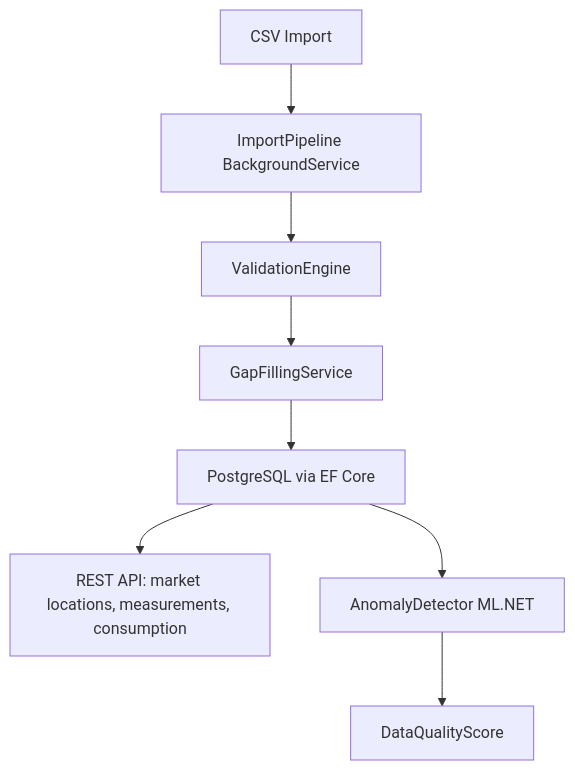
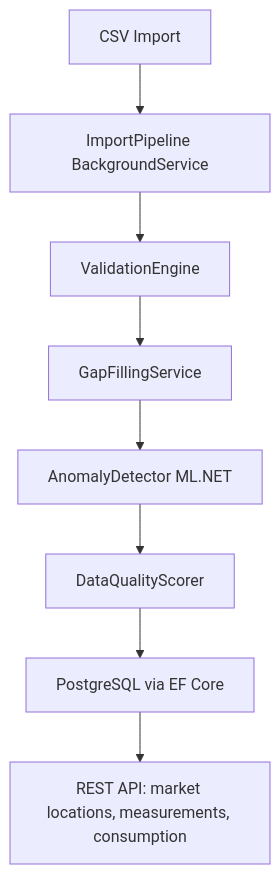
One commit to hanan-raza/meter-data-service changed the first of 3 diagrams in README.md. Above: the diagram before and after it, drawn with Mermaid. The commit also changed other lines of this file and 25 other files, not shown here.

First line of the commit message:
feat: add ML.NET anomaly detection and data-quality score to import

````diff
--- a/README.md
+++ b/README.md
@@ -40,10 +40,10 @@
 ```mermaid
 graph TD
     A[CSV Import] --> B[ImportPipeline BackgroundService]
     B --> C[ValidationEngine]
     C --> D[GapFillingService]
-    D --> E[PostgreSQL via EF Core]
+    D --> G[AnomalyDetector ML.NET]
+    G --> H[DataQualityScorer]
+    H --> E[PostgreSQL via EF Core]
     E --> F[REST API: market locations, measurements, consumption]
-    E --> G[AnomalyDetector ML.NET]
-    G --> H[DataQualityScore]
 ```
````
